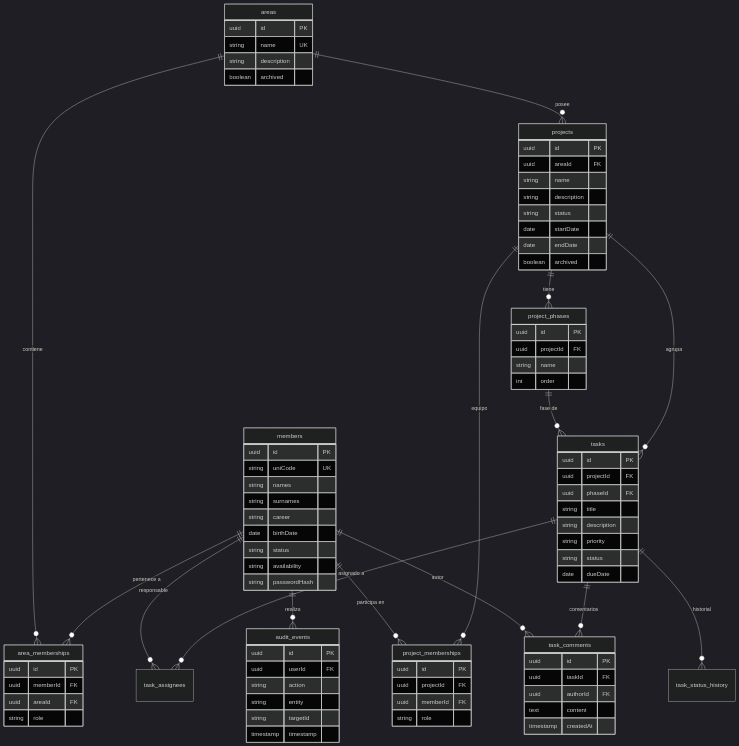
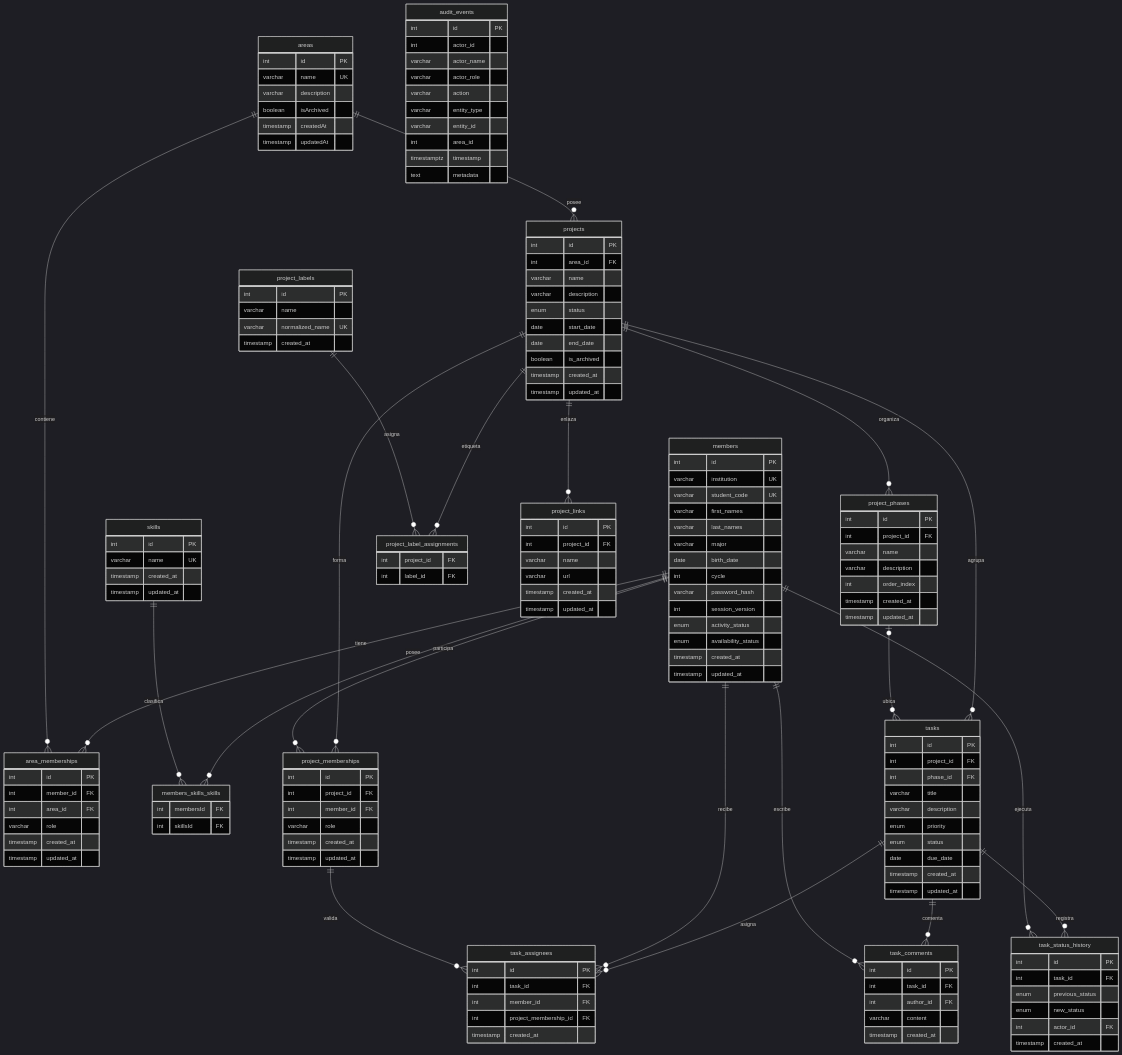
One commit to ccUnicode/UNICORE changed the diagram in docs/base-de-datos.md. Above: the diagram before and after it, drawn with Mermaid (dark theme). The commit also changed other lines of this file and 10 other files, not shown here.

````diff
--- a/docs/base-de-datos.md
+++ b/docs/base-de-datos.md
@@ -9,96 +7,174 @@
 ```mermaid
 erDiagram
-    members ||--o{ area_memberships : "pertenece a"
-    areas ||--o{ area_memberships : "contiene"
-    areas ||--o{ projects : "posee"
-    projects ||--o{ project_phases : "tiene"
-    projects ||--o{ project_memberships : "equipo"
-    members ||--o{ project_memberships : "participa en"
-    projects ||--o{ tasks : "agrupa"
-    project_phases ||--o{ tasks : "fase de"
-    tasks ||--o{ task_assignees : "asignado a"
-    members ||--o{ task_assignees : "responsable"
-    tasks ||--o{ task_comments : "comentarios"
-    members ||--o{ task_comments : "autor"
-    tasks ||--o{ task_status_history : "historial"
-    members ||--o{ audit_events : "realiza"
+    members ||--o{ area_memberships : tiene
+    areas ||--o{ area_memberships : contiene
+    members ||--o{ members_skills_skills : posee
+    skills ||--o{ members_skills_skills : clasifica
+    areas ||--o{ projects : posee
+    projects ||--o{ project_phases : organiza
+    projects ||--o{ project_memberships : forma
+    members ||--o{ project_memberships : participa
+    projects ||--o{ project_label_assignments : etiqueta
+    project_labels ||--o{ project_label_assignments : asigna
+    projects ||--o{ project_links : enlaza
+    projects ||--o{ tasks : agrupa
+    project_phases o|--o{ tasks : ubica
+    tasks ||--o{ task_assignees : asigna
+    members ||--o{ task_assignees : recibe
+    project_memberships ||--o{ task_assignees : valida
+    tasks ||--o{ task_comments : comenta
+    members ||--o{ task_comments : escribe
+    tasks ||--o{ task_status_history : registra
+    members ||--o{ task_status_history : ejecuta
 
     members {
-        uuid id PK
-        string uniCode UK
-        string names
-        string surnames
-        string career
-        date birthDate
-        string status
-        string availability
-        string passwordHash
+        int id PK
+        varchar institution UK
+        varchar student_code UK
+        varchar first_names
+        varchar last_names
+        varchar major
+        date birth_date
+        int cycle
+        varchar password_hash
+        int session_version
+        enum activity_status
+        enum availability_status
+        timestamp created_at
+        timestamp updated_at
+    }
+
+    skills {
+        int id PK
+        varchar name UK
+        timestamp created_at
+        timestamp updated_at
+    }
+
+    members_skills_skills {
+        int membersId FK
+        int skillsId FK
     }
 
     areas {
-        uuid id PK
-        string name UK
-        string description
-        boolean archived
+        int id PK
+        varchar name UK
+        varchar description
+        boolean isArchived
+        timestamp createdAt
+        timestamp updatedAt
     }
 
     area_memberships {
-        uuid id PK
-        uuid memberId FK
-        uuid areaId FK
-        string role
+        int id PK
+        int member_id FK
+        int area_id FK
+        varchar role
+        timestamp created_at
+        timestamp updated_at
     }
 
     projects {
-        uuid id PK
-        uuid areaId FK
-        string name
-        string description
-        string status
-        date startDate
-        date endDate
-        boolean archived
+        int id PK
+        int area_id FK
+        varchar name
+        varchar description
+        enum status
+        date start_date
+        date end_date
+        boolean is_archived
+        timestamp created_at
+        timestamp updated_at
     }
 
     project_phases {
-        uuid id PK
-        uuid projectId FK
-        string name
-        int order
+        int id PK
+        int project_id FK
+        varchar name
+        varchar description
+        int order_index
+        timestamp created_at
+        timestamp updated_at
     }
 
     project_memberships {
-        uuid id PK
-        uuid projectId FK
-        uuid memberId FK
-        string role
+        int id PK
+        int project_id FK
+        int member_id FK
+        varchar role
+        timestamp created_at
+        timestamp updated_at
+    }
+
+    project_labels {
+        int id PK
+        varchar name
+        varchar normalized_name UK
+        timestamp created_at
+    }
+
+    project_label_assignments {
+        int project_id FK
+        int label_id FK
+    }
+
+    project_links {
+        int id PK
+        int project_id FK
+        varchar name
+        varchar url
+        timestamp created_at
+        timestamp updated_at
     }
 
     tasks {
-        uuid id PK
-        uuid projectId FK
-        uuid phaseId FK
-        string title
-        string description
-        string priority
-        string status
-        date dueDate
+        int id PK
+        int project_id FK
+        int phase_id FK
+        varchar title
+        varchar description
+        enum priority
+        enum status
+        date due_date
+        timestamp created_at
+        timestamp updated_at
+    }
+
+    task_assignees {
+        int id PK
+        int task_id FK
+        int member_id FK
+        int project_membership_id FK
+        timestamp created_at
     }
 
     task_comments {
-        uuid id PK
-        uuid taskId FK
-        uuid authorId FK
-        text content
-        timestamp createdAt
+        int id PK
+        int task_id FK
+        int author_id FK
+        varchar content
+        timestamp created_at
+    }
+
+    task_status_history {
+        int id PK
+        int task_id FK
+        enum previous_status
+        enum new_status
+        int actor_id FK
+        timestamp created_at
     }
 
     audit_events {
-        uuid id PK
-        uuid userId FK
-        string action
-        string entity
-        string targetId
-        timestamp timestamp
+        int id PK
+        int actor_id
+        varchar actor_name
+        varchar actor_role
+        varchar action
+        varchar entity_type
+        varchar entity_id
+        int area_id
+        timestamptz timestamp
+        text metadata
     }
 ```
````
